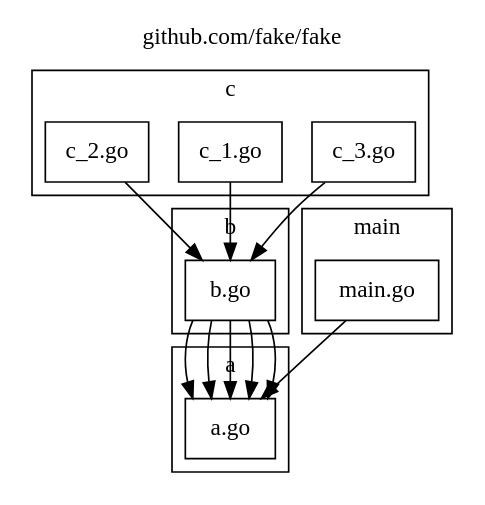
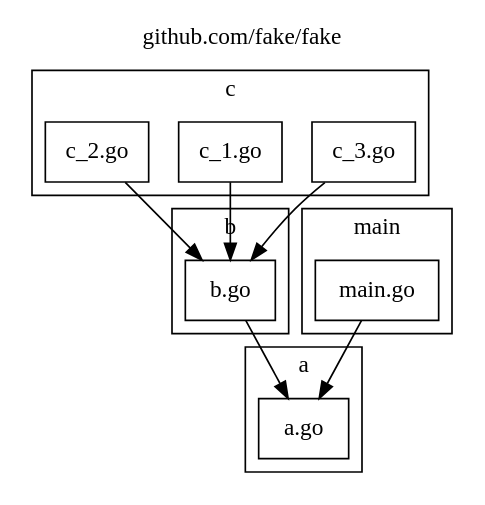
Before and after one commit to samlitowitz/godepvis: the diagram in assets/examples/with-generics/file.dot, drawn with Graphviz. The commit also changed 27 other files, not shown here.

```diff
--- a/assets/examples/with-generics/file.dot
+++ b/assets/examples/with-generics/file.dot
@@ -1,54 +1,50 @@
 digraph {
 	labelloc="t";
 	label="github.com/fake/fake";
 	rankdir="TB";
 	node [shape="rect"];
 
 	subgraph "cluster_pkg_a" {
 		label="a";
 		style="filled";
 		fontcolor="#000000";
 		fillcolor="#ffffff";
 
 		"pkg_a_file_a" [label="a.go", style="filled", fontcolor="#000000", fillcolor="#ffffff"];
 	};
 
 	subgraph "cluster_pkg_b" {
 		label="b";
 		style="filled";
 		fontcolor="#000000";
 		fillcolor="#ffffff";
 
 		"pkg_b_file_b" [label="b.go", style="filled", fontcolor="#000000", fillcolor="#ffffff"];
 	};
 
 	subgraph "cluster_pkg_c" {
 		label="c";
 		style="filled";
 		fontcolor="#000000";
 		fillcolor="#ffffff";
 
 		"pkg_c_file_c_3" [label="c_3.go", style="filled", fontcolor="#000000", fillcolor="#ffffff"];
 		"pkg_c_file_c_1" [label="c_1.go", style="filled", fontcolor="#000000", fillcolor="#ffffff"];
 		"pkg_c_file_c_2" [label="c_2.go", style="filled", fontcolor="#000000", fillcolor="#ffffff"];
 	};
 
 	subgraph "cluster_pkg_main" {
 		label="main";
 		style="filled";
 		fontcolor="#000000";
 		fillcolor="#ffffff";
 
 		"pkg_main_file_main" [label="main.go", style="filled", fontcolor="#000000", fillcolor="#ffffff"];
 	};
 
-	"pkg_b_file_b" -> "pkg_a_file_a" [color="#000000"];
-	"pkg_b_file_b" -> "pkg_a_file_a" [color="#000000"];
-	"pkg_b_file_b" -> "pkg_a_file_a" [color="#000000"];
-	"pkg_b_file_b" -> "pkg_a_file_a" [color="#000000"];
-	"pkg_b_file_b" -> "pkg_a_file_a" [color="#000000"];
-	"pkg_c_file_c_2" -> "pkg_b_file_b" [color="#000000"];
-	"pkg_c_file_c_3" -> "pkg_b_file_b" [color="#000000"];
-	"pkg_c_file_c_1" -> "pkg_b_file_b" [color="#000000"];
-	"pkg_main_file_main" -> "pkg_a_file_a" [color="#000000"];
+		"pkg_b_file_b" -> "pkg_a_file_a" [color="#000000"];
+		"pkg_c_file_c_1" -> "pkg_b_file_b" [color="#000000"];
+		"pkg_c_file_c_2" -> "pkg_b_file_b" [color="#000000"];
+		"pkg_c_file_c_3" -> "pkg_b_file_b" [color="#000000"];
+		"pkg_main_file_main" -> "pkg_a_file_a" [color="#000000"];
 }
```
